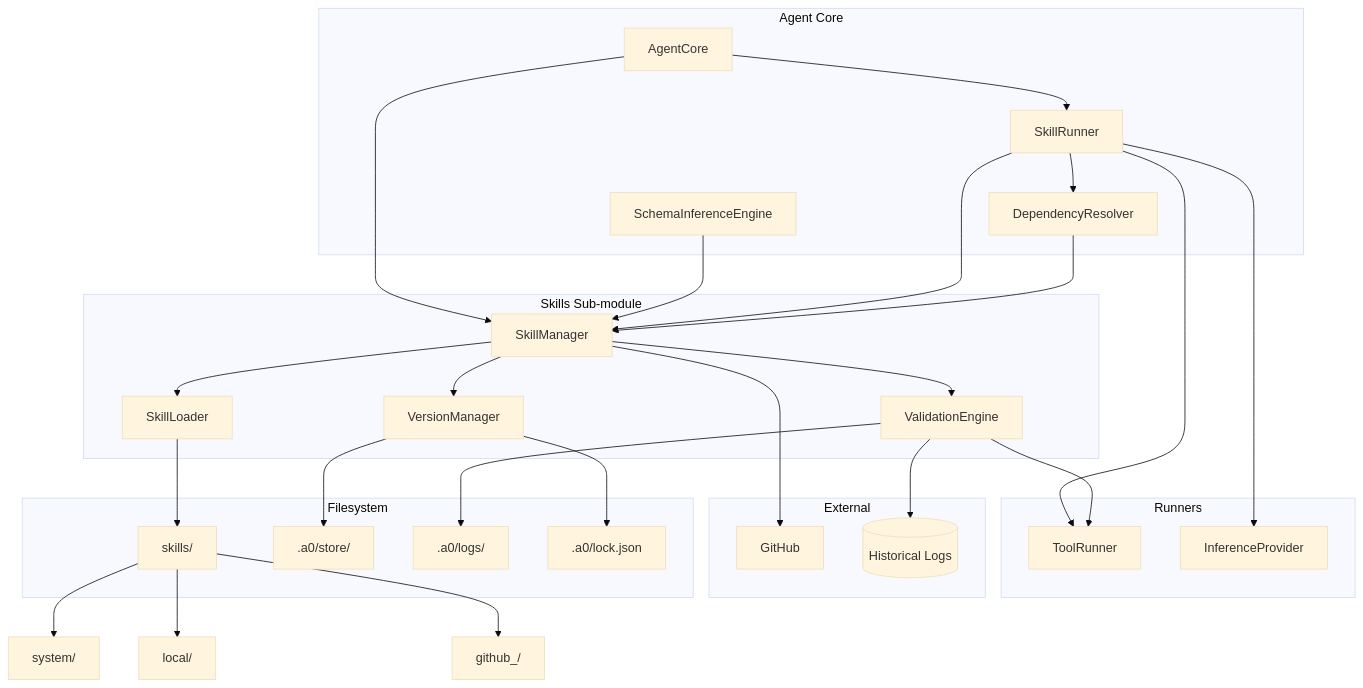
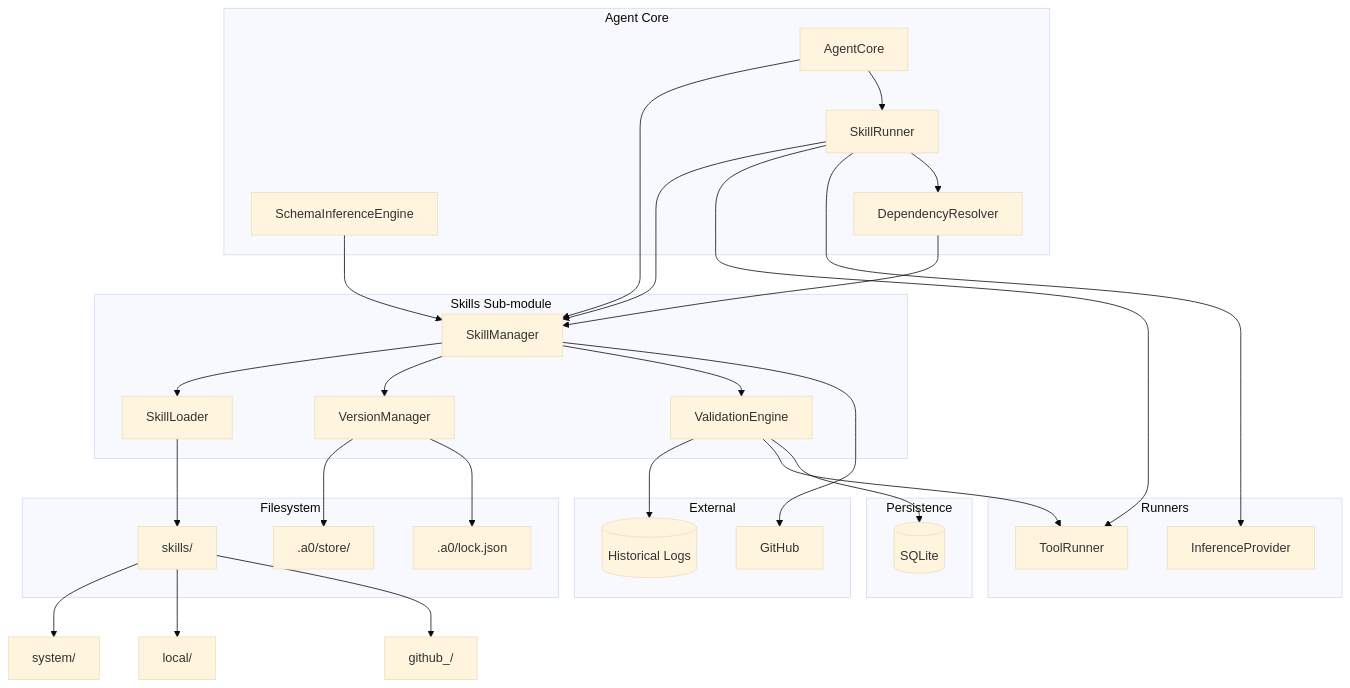
One commit to opensassi/a0 changed the first of 4 diagrams in src/skills/technical-specification.md. Above: the diagram before and after it, drawn with Mermaid (base theme). The commit also changed other lines of this file and 33 other files, not shown here.

Commit message:
2026-05-31-sqlite-persistence-overhaul-181e5690bffeJbs5lPvi1tDYlY

````diff
--- a/src/skills/technical-specification.md
+++ b/src/skills/technical-specification.md
@@ -452,57 +452,60 @@
 ```mermaid
 graph TB
     subgraph "Agent Core"
         Core[AgentCore]
         SIE[SchemaInferenceEngine]
         DR[DependencyResolver]
         SR[SkillRunner]
     end
 
     subgraph "Skills Sub-module"
         SM[SkillManager]
         SL[SkillLoader]
         VM[VersionManager]
         VE[ValidationEngine]
     end
 
     subgraph "Runners"
         TR[ToolRunner]
         IP[InferenceProvider]
     end
 
     subgraph "External"
         GH[GitHub]
         LOG[(Historical Logs)]
     end
 
     Core --> SM
     Core --> SR
     SIE --> SM
     SR --> SM
     SR --> TR
     SR --> IP
     SR --> DR
     DR --> SM
     SM --> SL
     SM --> VM
     SM --> VE
     VE --> LOG
     VE --> TR
     SM --> GH
 
     subgraph "Filesystem"
         SK_DIR[skills/]
         STORE[.a0/store/]
-        LOG_DIR[.a0/logs/]
         LCK[.a0/lock.json]
+    end
+
+    subgraph "Persistence"
+        PS[(SQLite)]
     end
 
     SL --> SK_DIR
     VM --> STORE
     VM --> LCK
-    VE --> LOG_DIR
+    VE --> PS
 
     SK_DIR --> SYS[system/]
     SK_DIR --> LOC[local/]
     SK_DIR --> GHU[github_<user>/]
 ```
````
